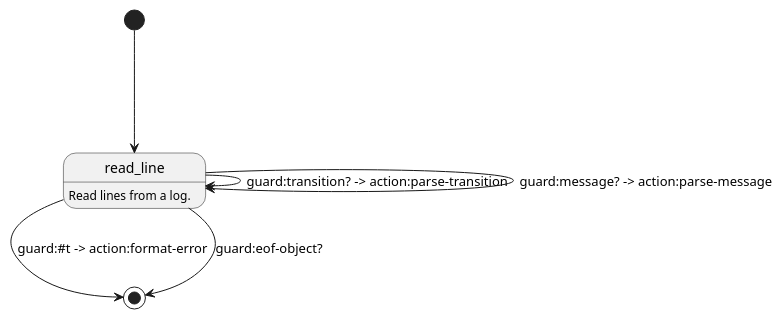
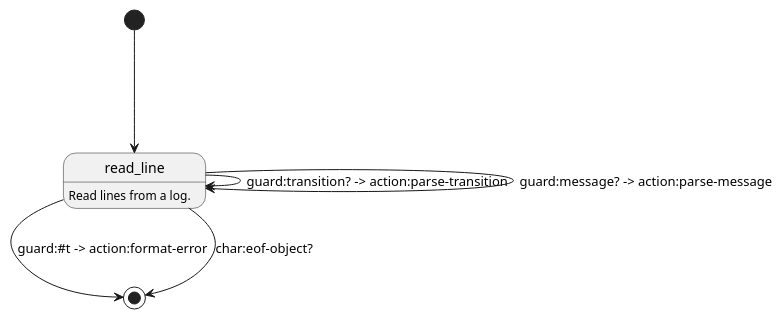
Before and after one commit to artyom-poptsov/guile-smc: the diagram in modules/smc/trace.puml, drawn with PlantUML.

Commit message:
modules/smc/trace.puml: Update to use the new API

```diff
--- a/modules/smc/trace.puml
+++ b/modules/smc/trace.puml
@@ -1,11 +1,11 @@
 @startuml
 
 [*] ---> read_line
 
 read_line: Read lines from a log.
-read_line --> [*]: guard:eof-object?
+read_line --> [*]: char:eof-object?
 read_line --> read_line: guard:transition? -> action:parse-transition
 read_line --> read_line: guard:message? -> action:parse-message
 read_line -> [*]: guard:#t -> action:format-error
 
 @enduml
```
